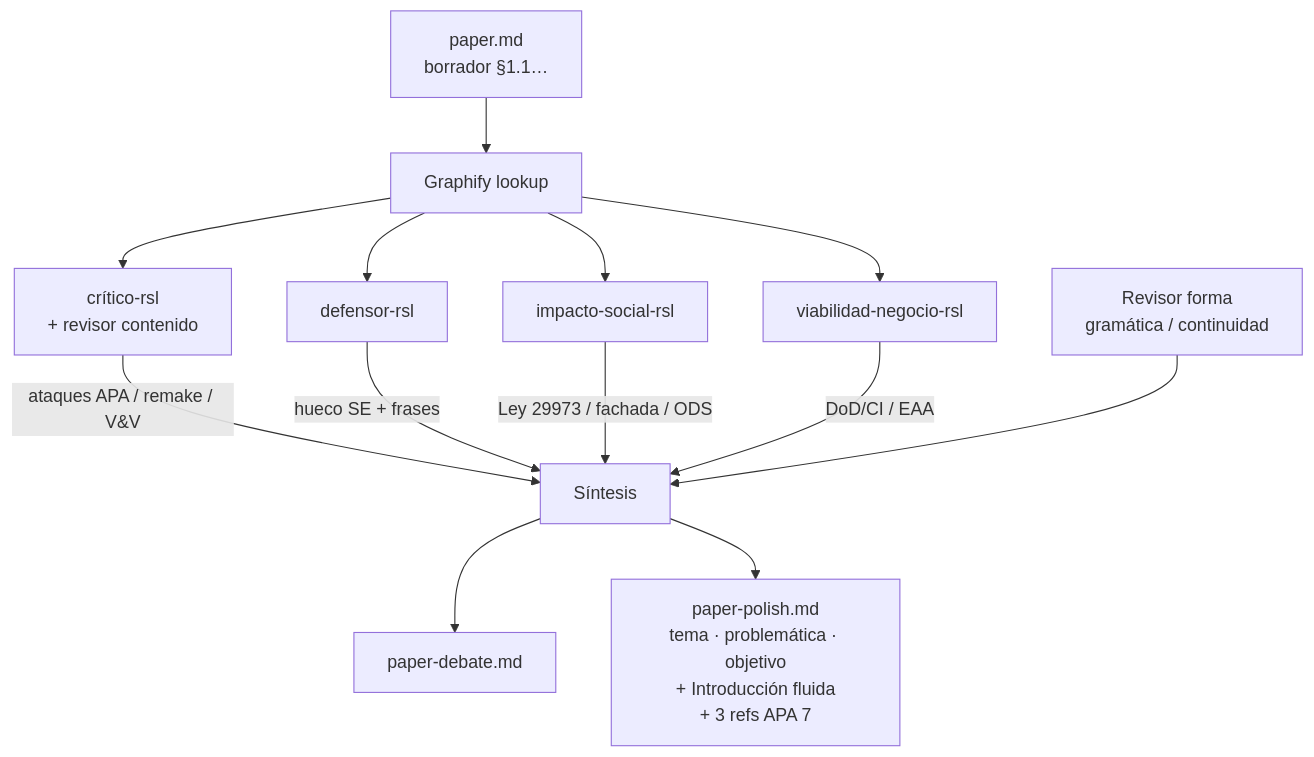
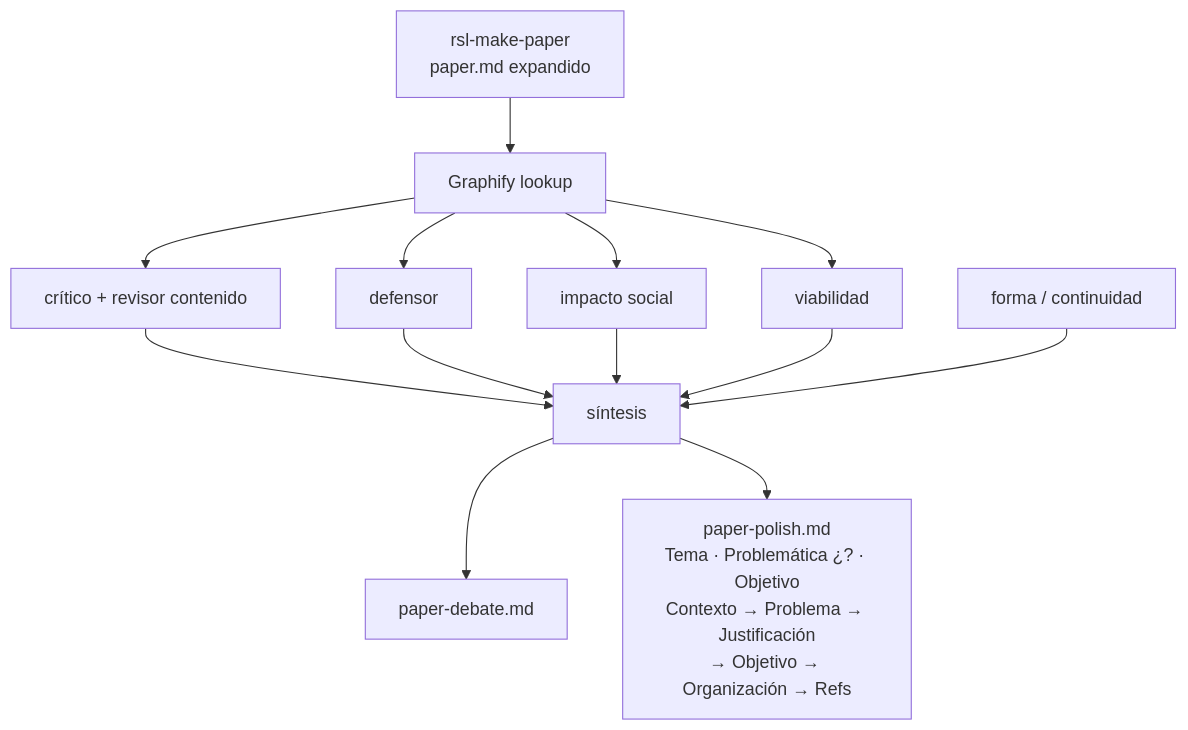
One commit to Luis-Fernando-MP/rsl-skills changed the diagram in docs/ia-inclusion-cognitiva-software/paper-debate.md. Above: the diagram before and after it, drawn with Mermaid. The commit also changed other lines of this file and 5 other files, not shown here.

````diff
--- a/docs/ia-inclusion-cognitiva-software/paper-debate.md
+++ b/docs/ia-inclusion-cognitiva-software/paper-debate.md
@@ -7,15 +7,15 @@
 ```mermaid
 flowchart TB
-  P["paper.md<br/>borrador §1.1…"] --> G["Graphify lookup"]
-  G --> C["crítico-rsl<br/>+ revisor contenido"]
-  G --> D["defensor-rsl"]
-  G --> I["impacto-social-rsl"]
-  G --> V["viabilidad-negocio-rsl"]
-  C -->|"ataques APA / remake / V&V"| S["Síntesis"]
-  D -->|"hueco SE + frases"| S
-  I -->|"Ley 29973 / fachada / ODS"| S
-  V -->|"DoD/CI / EAA"| S
-  F["Revisor forma<br/>gramática / continuidad"] --> S
+  M["rsl-make-paper<br/>paper.md expandido"] --> G["Graphify lookup"]
+  G --> C["crítico + revisor contenido"]
+  G --> D["defensor"]
+  G --> I["impacto social"]
+  G --> V["viabilidad"]
+  C --> S["síntesis"]
+  D --> S
+  I --> S
+  V --> S
+  F["forma / continuidad"] --> S
   S --> Deb["paper-debate.md"]
-  S --> PP["paper-polish.md<br/>tema · problemática · objetivo<br/>+ Introducción fluida<br/>+ 3 refs APA 7"]
+  S --> PP["paper-polish.md<br/>Tema · Problemática ¿? · Objetivo<br/>Contexto → Problema → Justificación<br/>→ Objetivo → Organización → Refs"]
 ```
````
